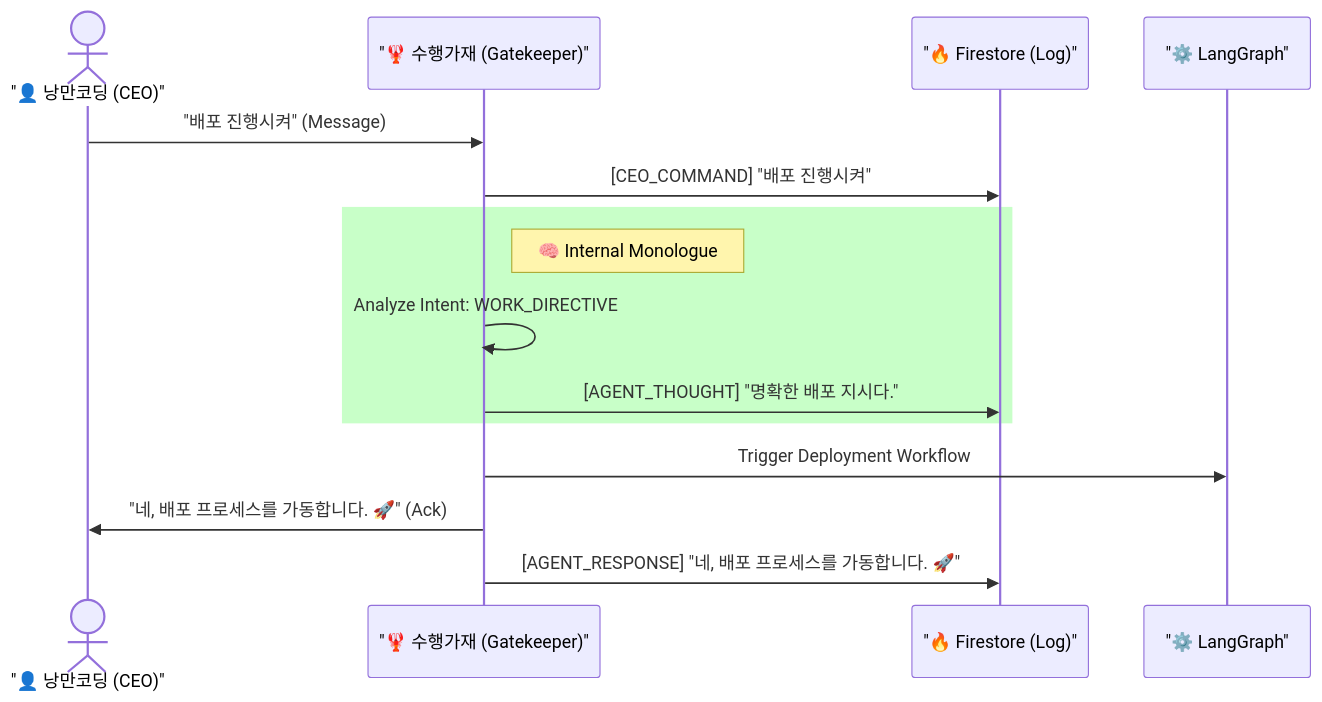
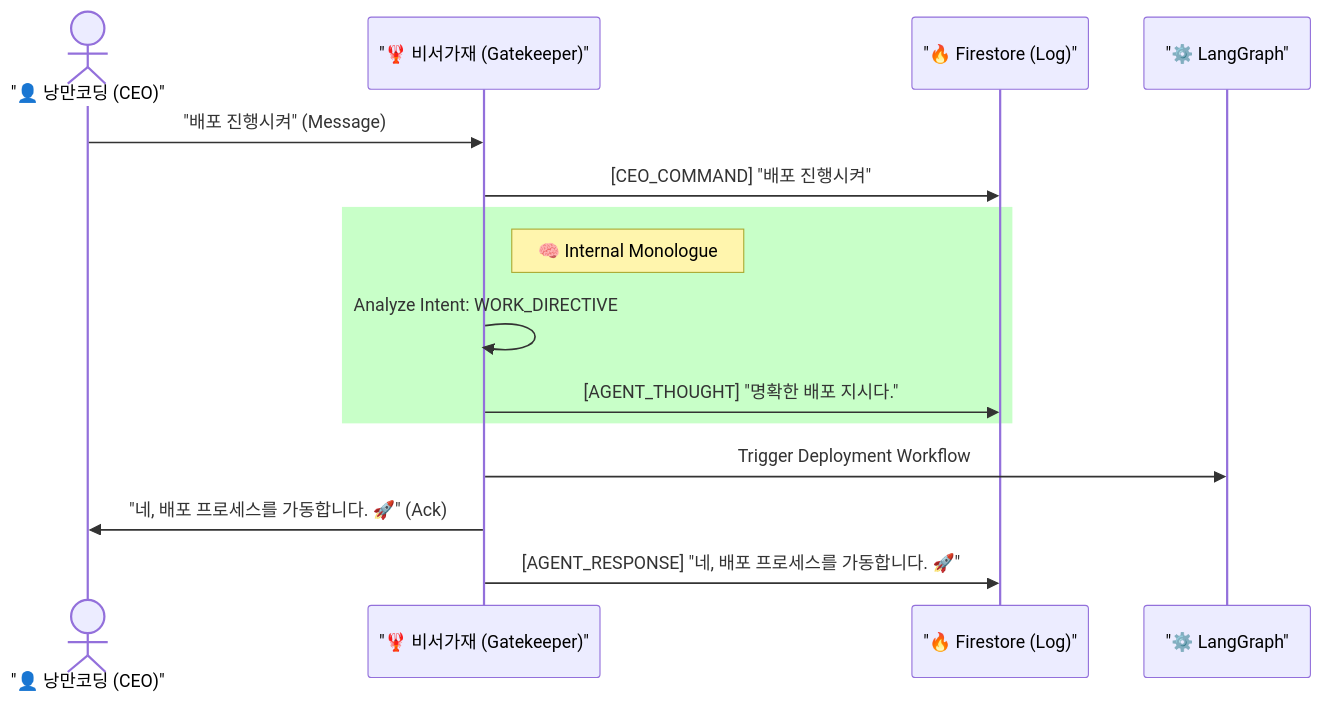
Before and after one commit to KyleL22/yuna-openclaw: the third of 5 diagrams in docs/core/process/SYSTEM_DESIGN_V1_0.md, drawn with Mermaid. The commit also changed other lines of this file, not shown here.

````diff
--- a/docs/core/process/SYSTEM_DESIGN_V1_0.md
+++ b/docs/core/process/SYSTEM_DESIGN_V1_0.md
@@ -244,20 +244,20 @@
 ```mermaid
 sequenceDiagram
     actor CEO as "👤 낭만코딩 (CEO)"
-    participant ATT as "🦞 수행가재 (Gatekeeper)"
+    participant ATT as "🦞 비서가재 (Gatekeeper)"
     participant DB as "🔥 Firestore (Log)"
     participant LG as "⚙️ LangGraph"
 
     CEO->>ATT: "배포 진행시켜" (Message)
     ATT->>DB: [CEO_COMMAND] "배포 진행시켜"
     
     rect rgb(200, 255, 200)
     note right of ATT: 🧠 Internal Monologue
     ATT->>ATT: Analyze Intent: WORK_DIRECTIVE
     ATT->>DB: [AGENT_THOUGHT] "명확한 배포 지시다."
     end
     
     ATT->>LG: Trigger Deployment Workflow
     ATT->>CEO: "네, 배포 프로세스를 가동합니다. 🚀" (Ack)
     ATT->>DB: [AGENT_RESPONSE] "네, 배포 프로세스를 가동합니다. 🚀"
 ```
````
